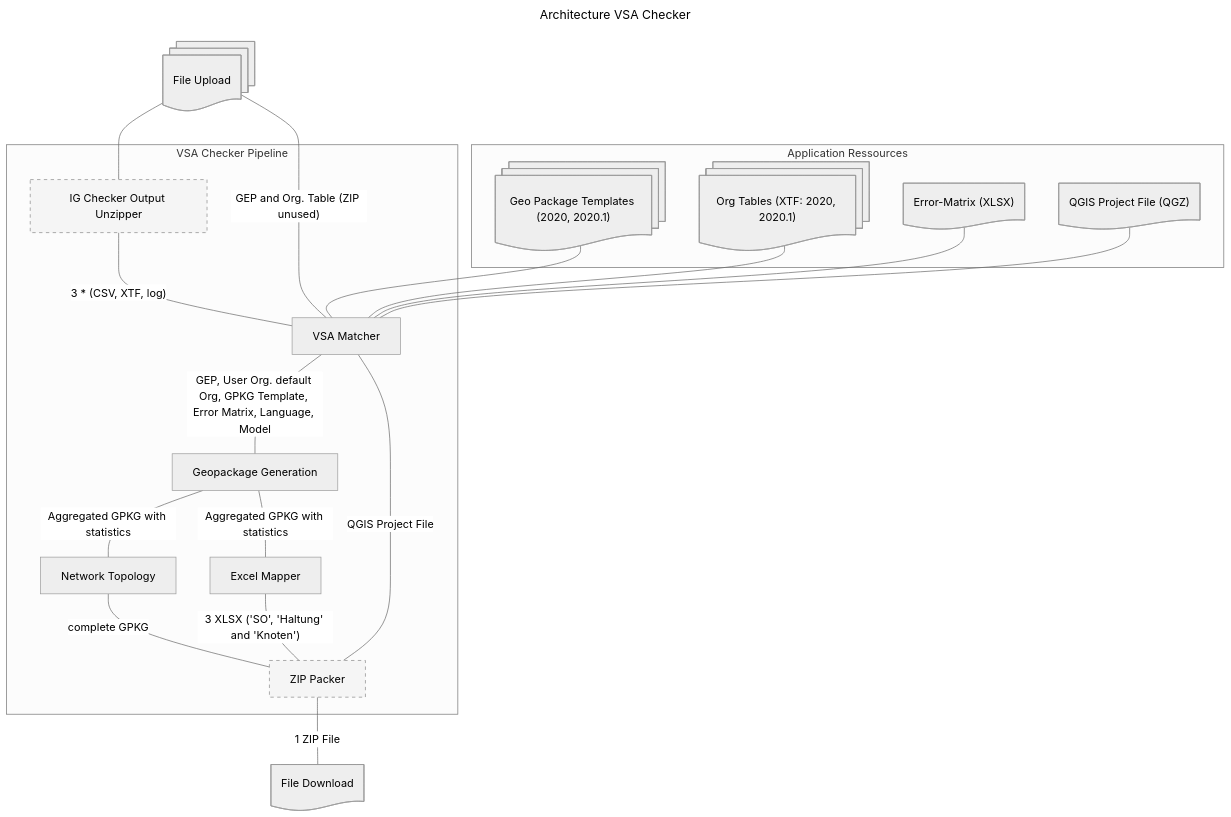
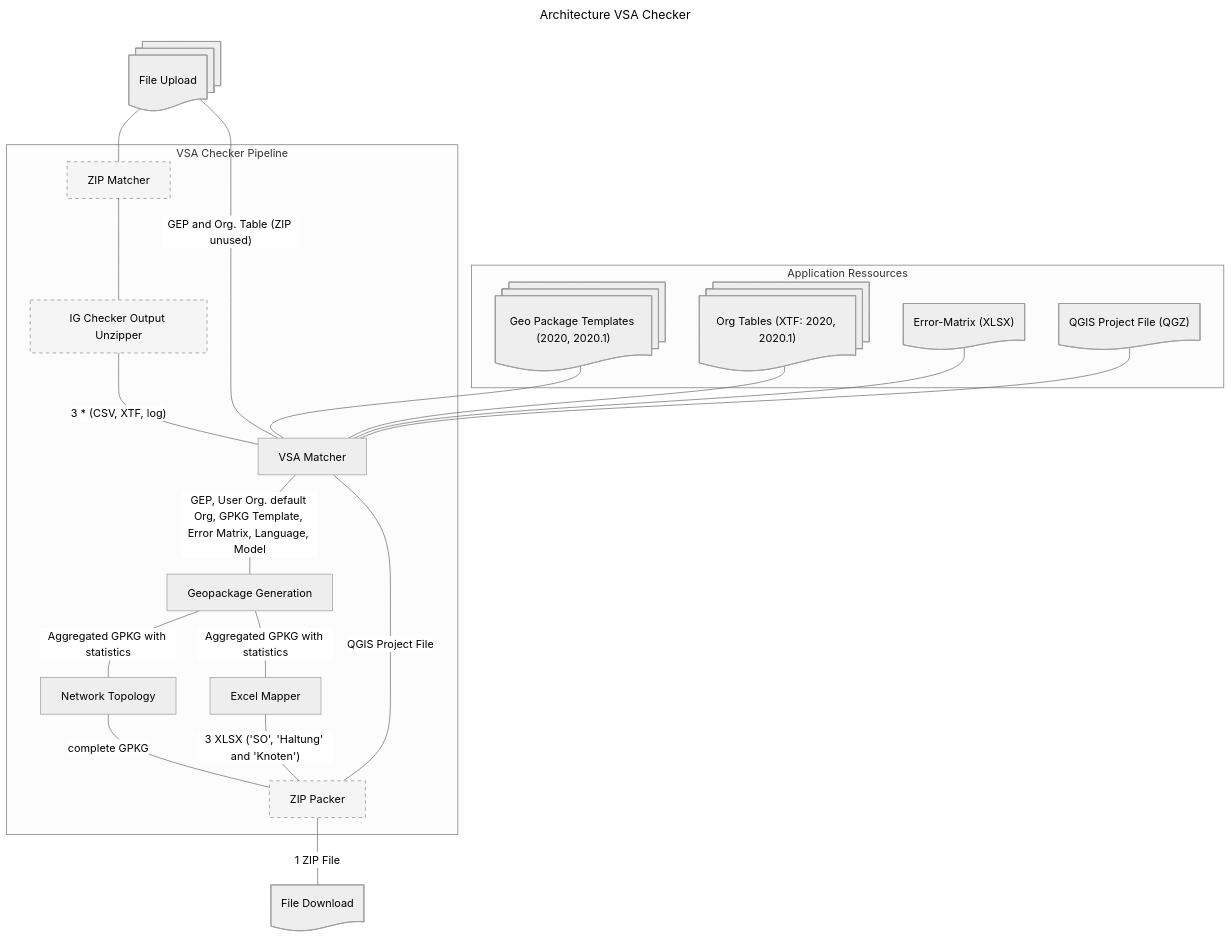
One commit to geowerkstatt/vsa-checker-analytics changed the diagram in docs/architektur.md. Above: the diagram before and after it, drawn with Mermaid (neutral theme). The commit also changed other lines of this file, not shown here.

Commit message:
chore add ZIP Matcher

````diff
--- a/docs/architektur.md
+++ b/docs/architektur.md
@@ -9,44 +9,42 @@
 ```mermaid
 ---
 title: Architecture VSA Checker
 ---
 flowchart
 	subgraph appResources["Application Ressources"]
 		geoPackageTemplates@{ shape: "docs", label: "Geo Package Templates (2020, 2020.1)" }
 		orgTables@{ shape: "docs", label: "Org Tables (XTF: 2020, 2020.1)" }
 		errorMatrix@{ shape: "doc", label: "Error-Matrix (XLSX)" }
 		qgisProject@{ shape: "doc", label: "QGIS Project File (QGZ)" }
 	end
 	subgraph vsaCheckerPipeline["VSA Checker Pipeline"]
+		zipMatcher["ZIP Matcher"]
+		igCheckerOutputUnzipper["IG Checker Output Unzipper"]
 		vsaMatcher["VSA Matcher"]
-		igCheckerOutputUnzipper["IG Checker Output Unzipper"]
 		aggregationProcess["Geopackage Generation"]
 		
 		networkTopology["Network Topology"]
 		excelMapper["Excel Mapper"]
 		zipPacker["ZIP Packer"]
 	end
 	fileUpload@{ shape: "docs", label: "File Upload" }
 	fileDownload@{ shape: "doc", label: "File Download" }
-	fileUpload --- igCheckerOutputUnzipper
+	fileUpload --- zipMatcher
+	zipMatcher --- igCheckerOutputUnzipper
 	fileUpload ---|"GEP and Org. Table (ZIP unused)"| vsaMatcher
 	geoPackageTemplates --- vsaMatcher
 	orgTables --- vsaMatcher
 	igCheckerOutputUnzipper ---|"3 * (CSV, XTF, log)"| vsaMatcher
 	qgisProject --- vsaMatcher
 	errorMatrix --- vsaMatcher
 	vsaMatcher ---|"GEP, User Org. default Org, GPKG Template, Error Matrix, Language, Model"| aggregationProcess
-	aggregationProcess
-	
-	aggregationProcess
-	networkTopology
 	aggregationProcess ---|"Aggregated GPKG with statistics"| networkTopology
 	aggregationProcess ---|"Aggregated GPKG with statistics"| excelMapper
 	vsaMatcher ---|"QGIS Project File"| zipPacker
 	networkTopology ---|"complete GPKG"| zipPacker
 	excelMapper ---|"3 XLSX ('SO', 'Haltung' and 'Knoten')"| zipPacker
 	zipPacker --- |"1 ZIP File"| fileDownload
 
 	classDef geopilotBuiltIn fill:#f5f5f5,stroke:#888,stroke-dasharray:5 5
-	class igCheckerOutputUnzipper,zipPacker geopilotBuiltIn
+	class zipMatcher,igCheckerOutputUnzipper,zipPacker geopilotBuiltIn
 ```
````
